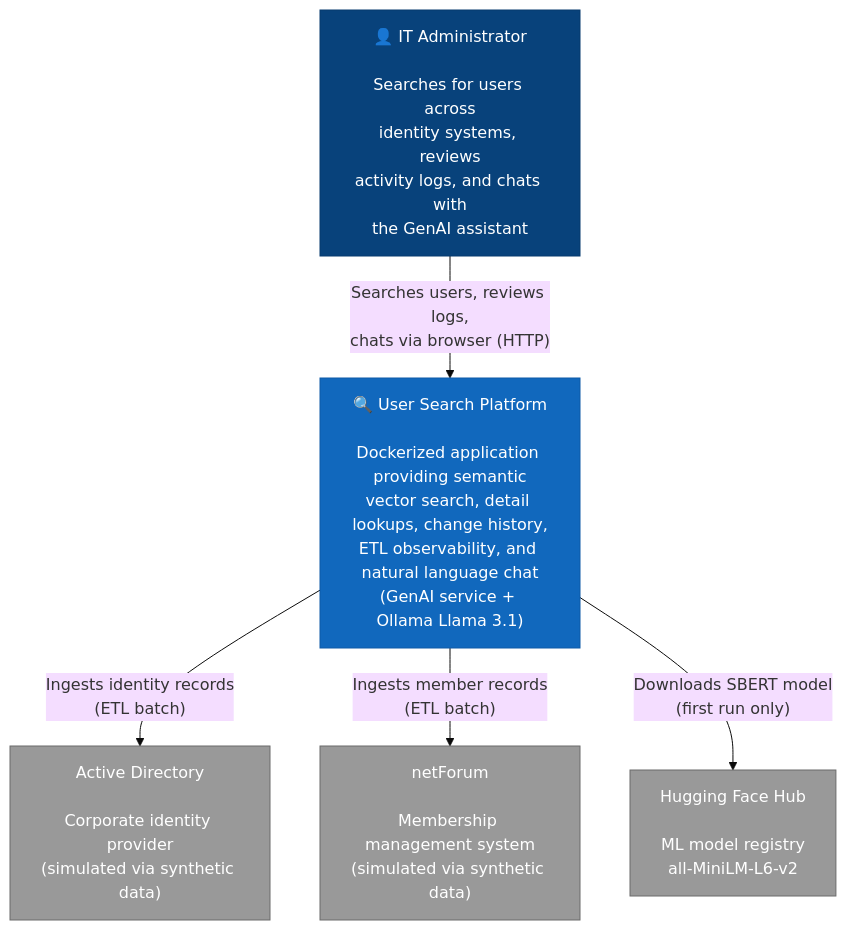
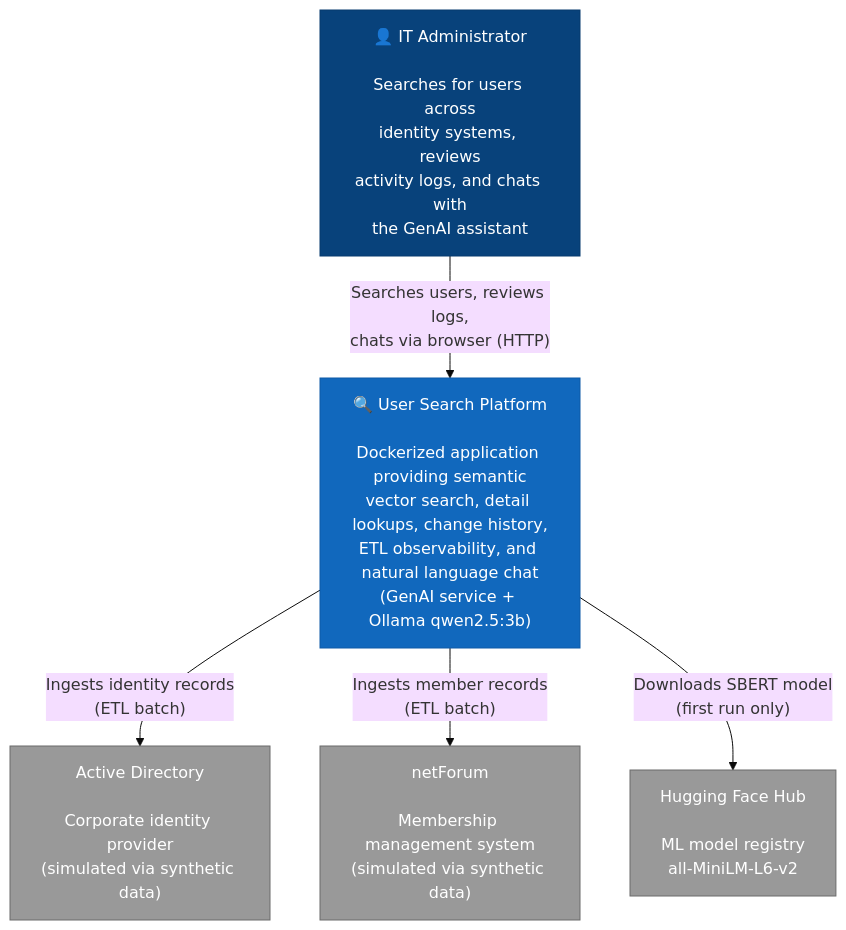
Before and after one commit to sjackshaw/user-search: the diagram in docs/diagrams/c4-system-context.md, drawn with Mermaid (base theme). The commit also changed 20 other files, not shown here.

First line of the commit message:
feat: Enhance GenAI service with API key authentication, SSE streaming, and update documentation

````diff
--- a/docs/diagrams/c4-system-context.md
+++ b/docs/diagrams/c4-system-context.md
@@ -3,19 +3,19 @@
 ```mermaid
 graph TB
     classDef person fill:#08427B,stroke:#073B6F,color:#fff
     classDef system fill:#1168BD,stroke:#0E5BA7,color:#fff
     classDef external fill:#999999,stroke:#6B6B6B,color:#fff
 
     User["👤 IT Administrator<br/><br/>Searches for users across<br/>identity systems, reviews<br/>activity logs, and chats with<br/>the GenAI assistant"]:::person
 
-    UserSearch["🔍 User Search Platform<br/><br/>Dockerized application providing semantic<br/>vector search, detail lookups, change history,<br/>ETL observability, and natural language chat<br/>(GenAI service + Ollama Llama 3.1)"]:::system
+    UserSearch["🔍 User Search Platform<br/><br/>Dockerized application providing semantic<br/>vector search, detail lookups, change history,<br/>ETL observability, and natural language chat<br/>(GenAI service + Ollama qwen2.5:3b)"]:::system
 
     AD["Active Directory<br/><br/>Corporate identity provider<br/>(simulated via synthetic data)"]:::external
     NF["netForum<br/><br/>Membership management system<br/>(simulated via synthetic data)"]:::external
     HF["Hugging Face Hub<br/><br/>ML model registry<br/>all-MiniLM-L6-v2"]:::external
 
     User -->|"Searches users, reviews logs,<br/>chats via browser (HTTP)"| UserSearch
     UserSearch -->|"Ingests identity records<br/>(ETL batch)"| AD
     UserSearch -->|"Ingests member records<br/>(ETL batch)"| NF
     UserSearch -->|"Downloads SBERT model<br/>(first run only)"| HF
 ```
````
